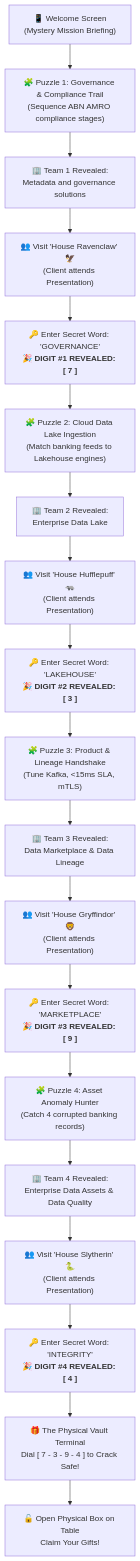
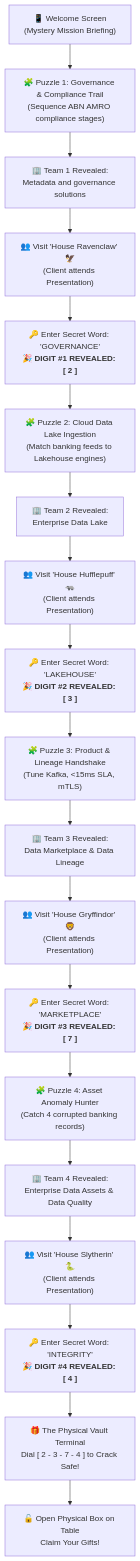
Before and after one commit to Aryan-Sawale/data-treasure-hunt: the diagram in README.md, drawn with Mermaid. The commit also changed other lines of this file and 14 other files, not shown here.

Commit message:
feat: add admin functionality and change vault code

````diff
--- a/README.md
+++ b/README.md
@@ -16,25 +16,25 @@
 ```mermaid
 flowchart TD
     Start["📱 Welcome Screen<br/>(Mystery Mission Briefing)"] --> P1["🧩 Puzzle 1: Governance & Compliance Trail<br/>(Sequence ABN AMRO compliance stages)"]
     P1 --> T1["🏢 Team 1 Revealed:<br/>Metadata and governance solutions"]
     T1 --> Pres1["👥 Visit 'House Ravenclaw' 🦅<br/>(Client attends Presentation)"]
-    Pres1 --> Code1["🔑 Enter Secret Word: 'GOVERNANCE'<br/><b>🎉 DIGIT #1 REVEALED: [ 7 ]</b>"]
+    Pres1 --> Code1["🔑 Enter Secret Word: 'GOVERNANCE'<br/><b>🎉 DIGIT #1 REVEALED: [ 2 ]</b>"]
 
     Code1 --> P2["🧩 Puzzle 2: Cloud Data Lake Ingestion<br/>(Match banking feeds to Lakehouse engines)"]
     P2 --> T2["🏢 Team 2 Revealed:<br/>Enterprise Data Lake"]
     T2 --> Pres2["👥 Visit 'House Hufflepuff' 🦡<br/>(Client attends Presentation)"]
     Pres2 --> Code2["🔑 Enter Secret Word: 'LAKEHOUSE'<br/><b>🎉 DIGIT #2 REVEALED: [ 3 ]</b>"]
 
     Code2 --> P3["🧩 Puzzle 3: Product & Lineage Handshake<br/>(Tune Kafka, &lt;15ms SLA, mTLS)"]
     P3 --> T3["🏢 Team 3 Revealed:<br/>Data Marketplace & Data Lineage"]
     T3 --> Pres3["👥 Visit 'House Gryffindor' 🦁<br/>(Client attends Presentation)"]
-    Pres3 --> Code3["🔑 Enter Secret Word: 'MARKETPLACE'<br/><b>🎉 DIGIT #3 REVEALED: [ 9 ]</b>"]
+    Pres3 --> Code3["🔑 Enter Secret Word: 'MARKETPLACE'<br/><b>🎉 DIGIT #3 REVEALED: [ 7 ]</b>"]
 
     Code3 --> P4["🧩 Puzzle 4: Asset Anomaly Hunter<br/>(Catch 4 corrupted banking records)"]
     P4 --> T4["🏢 Team 4 Revealed:<br/>Enterprise Data Assets & Data Quality"]
     T4 --> Pres4["👥 Visit 'House Slytherin' 🐍<br/>(Client attends Presentation)"]
     Pres4 --> Code4["🔑 Enter Secret Word: 'INTEGRITY'<br/><b>🎉 DIGIT #4 REVEALED: [ 4 ]</b>"]
 
-    Code4 --> Vault["🎁 The Physical Vault Terminal<br/>Dial [ 7 - 3 - 9 - 4 ] to Crack Safe!"]
+    Code4 --> Vault["🎁 The Physical Vault Terminal<br/>Dial [ 2 - 3 - 7 - 4 ] to Crack Safe!"]
     Vault --> PhysicalBox["🔓 Open Physical Box on Table<br/>Claim Your Gifts!"]
 ```
````
